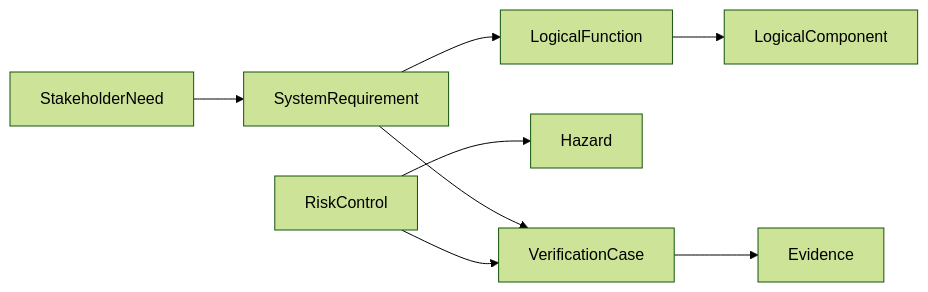
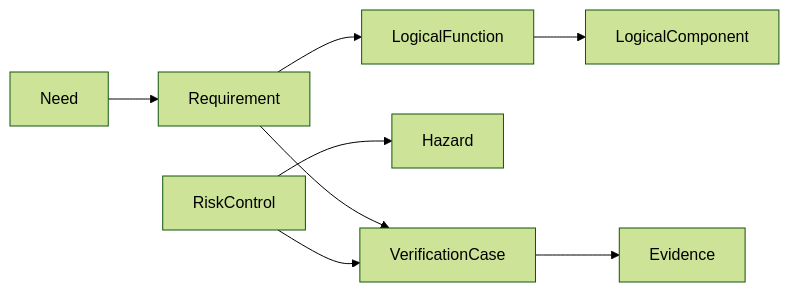
One commit to memoarchitect/memo-architect changed the diagram in docs/src/users/modeling-guide.md. Above: the diagram before and after it, drawn with Mermaid (forest theme). The commit also changed other lines of this file and 13 other files, not shown here.

````diff
--- a/docs/src/users/modeling-guide.md
+++ b/docs/src/users/modeling-guide.md
@@ -5,10 +5,10 @@
 ```mermaid
 flowchart LR
-    Need[StakeholderNeed] --> Req[SystemRequirement]
+    Need[Need] --> Req[Requirement]
     Req --> Function[LogicalFunction]
     Function --> Component[LogicalComponent]
     Control[RiskControl] --> Hazard[Hazard]
     Req --> Test[VerificationCase]
     Control --> Test
     Test --> Evidence[Evidence]
 ```
````
